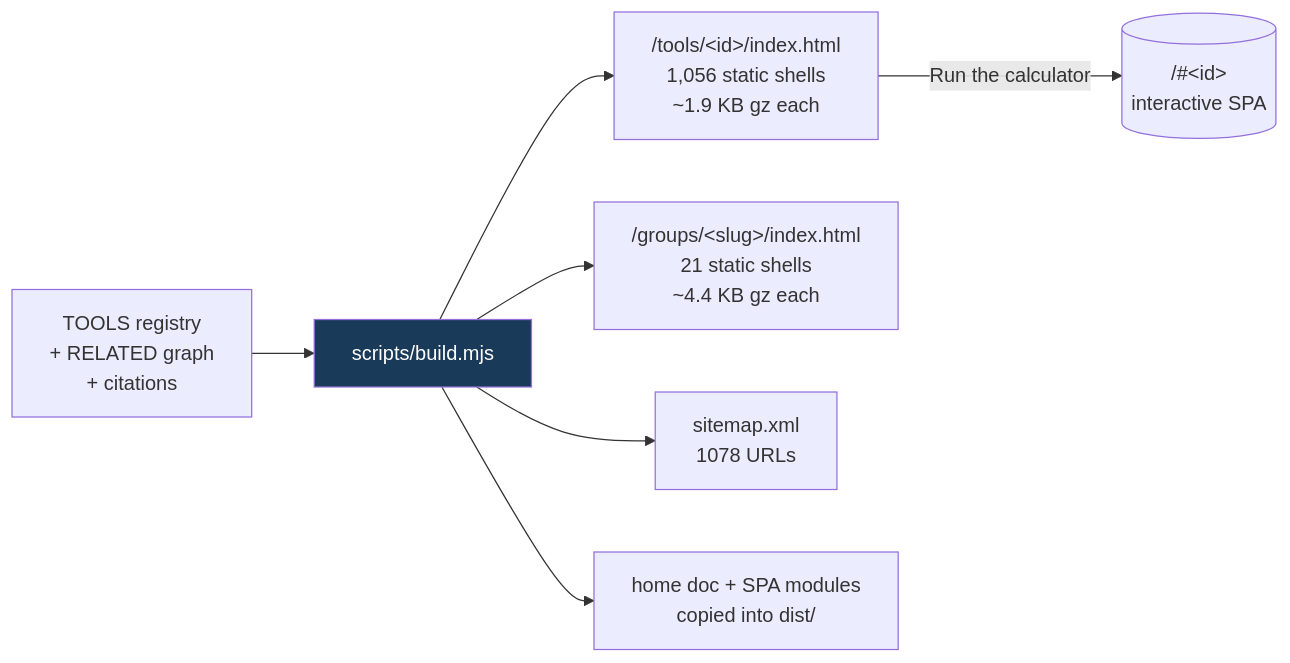
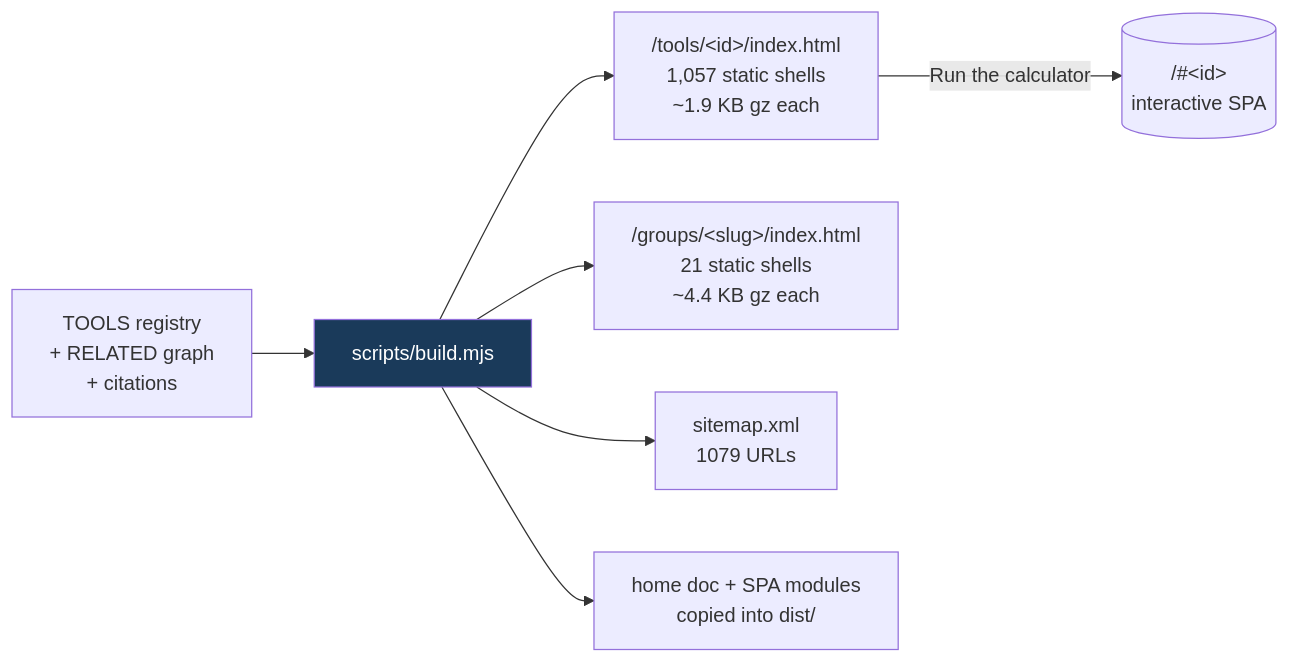
One commit to clay-good/roughlogic.com changed the fifth of 8 diagrams in README.md. Above: the diagram before and after it, drawn with Mermaid. The commit also changed other lines of this file and 13 other files, not shown here.

````diff
--- a/README.md
+++ b/README.md
@@ -495,10 +495,10 @@
 ```mermaid
 flowchart LR
     SRC[TOOLS registry\n+ RELATED graph\n+ citations] --> BUILD[scripts/build.mjs]
-    BUILD --> TILE["/tools/&lt;id&gt;/index.html\n1,056 static shells\n~1.9 KB gz each"]
+    BUILD --> TILE["/tools/&lt;id&gt;/index.html\n1,057 static shells\n~1.9 KB gz each"]
     BUILD --> GROUP["/groups/&lt;slug&gt;/index.html\n21 static shells\n~4.4 KB gz each"]
-    BUILD --> MAP["sitemap.xml\n1078 URLs"]
+    BUILD --> MAP["sitemap.xml\n1079 URLs"]
     BUILD --> COPY[home doc + SPA modules\ncopied into dist/]
     TILE -->|Run the calculator| SPA[("/#&lt;id&gt;\ninteractive SPA")]
     style BUILD fill:#1a3a5a,color:#fff
 ```
````
